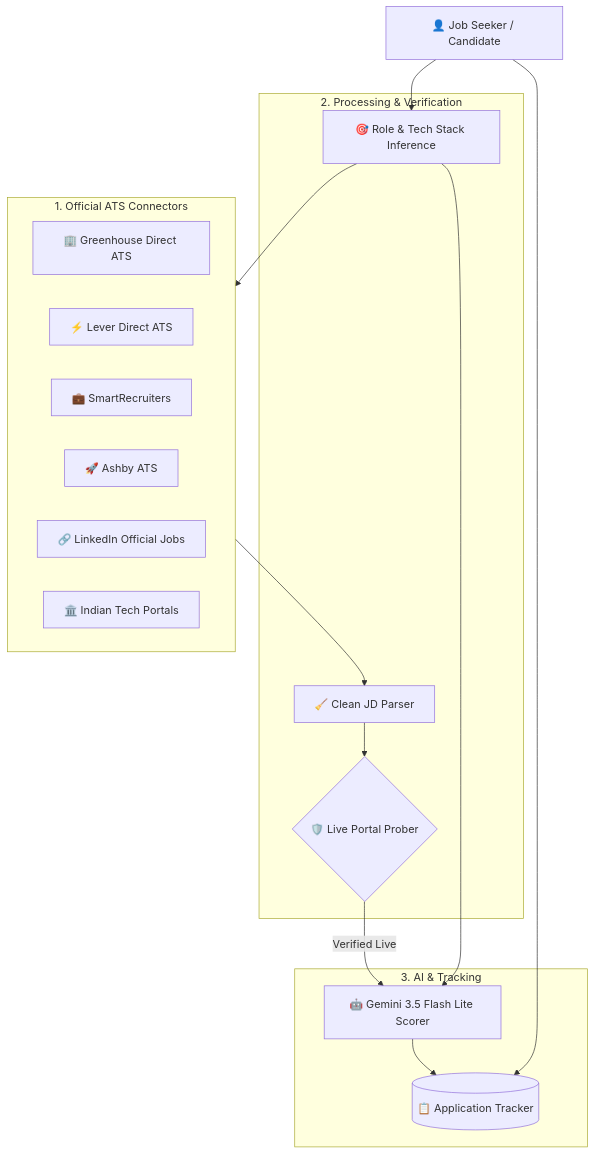
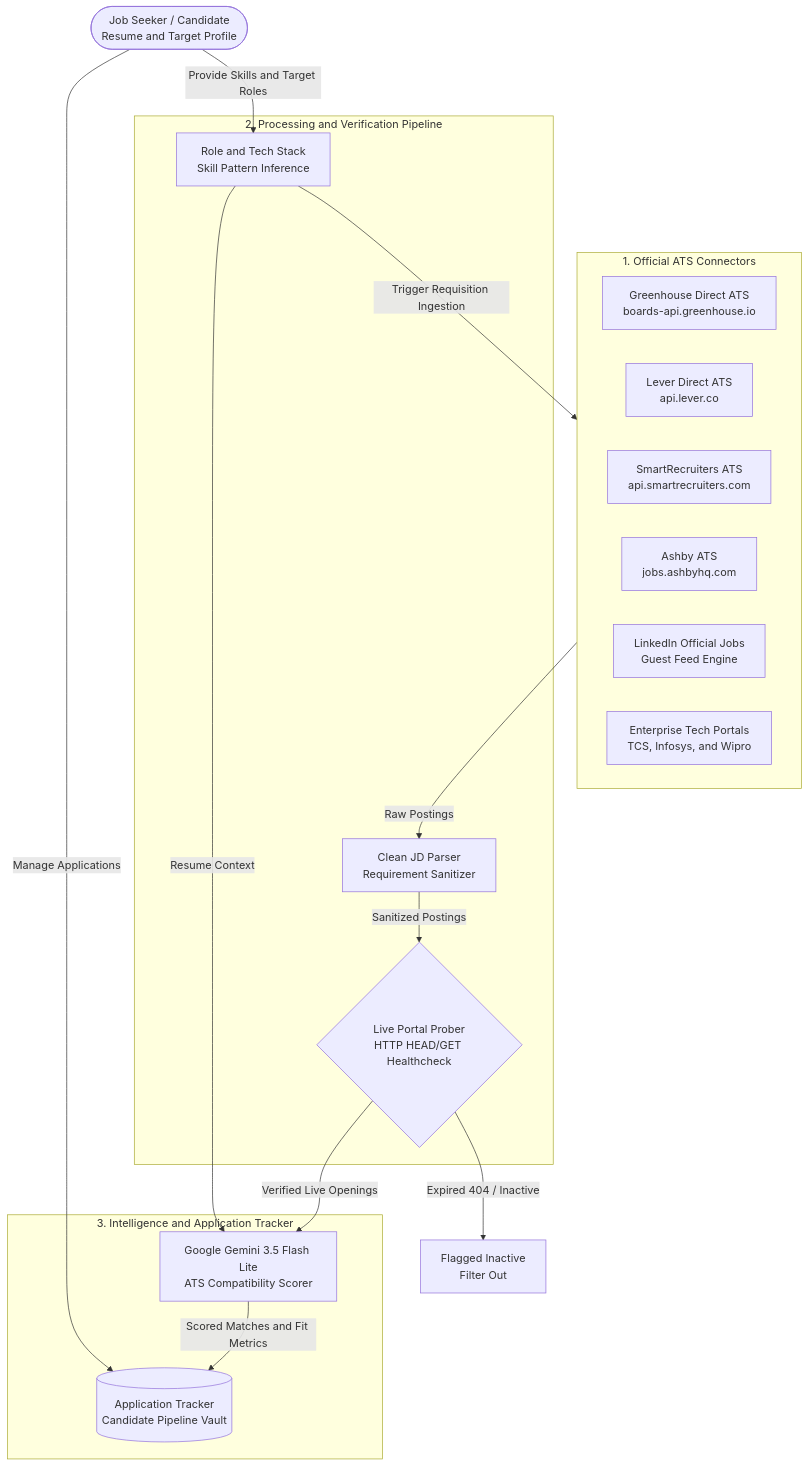
One commit to TusharSaini999/Resume-Saathi changed the first of 3 diagrams in Docs/CAREER_OPENINGS_AND_ATS_FEATURE_GUIDE.md. Above: the diagram before and after it, drawn with Mermaid. The commit also changed other lines of this file and 5 other files, not shown here.

Commit message:
docs: remove emojis from all Mermaid diagrams and wrap text cleanly

````diff
--- a/Docs/CAREER_OPENINGS_AND_ATS_FEATURE_GUIDE.md
+++ b/Docs/CAREER_OPENINGS_AND_ATS_FEATURE_GUIDE.md
@@ -11,33 +11,34 @@
 ```mermaid
 flowchart TD
-  Candidate["👤 Job Seeker / Candidate"]
+  Candidate(["Job Seeker / Candidate<br/>Resume and Target Profile"])
 
   subgraph Crawlers ["1. Official ATS Connectors"]
-    GH["🏢 Greenhouse Direct ATS"]
-    LV["⚡ Lever Direct ATS"]
-    SR["💼 SmartRecruiters"]
-    ASH["🚀 Ashby ATS"]
-    LI["🔗 LinkedIn Official Jobs"]
-    TCS["🏛️ Indian Tech Portals"]
+    GH["Greenhouse Direct ATS<br/>boards-api.greenhouse.io"]
+    LV["Lever Direct ATS<br/>api.lever.co"]
+    SR["SmartRecruiters ATS<br/>api.smartrecruiters.com"]
+    ASH["Ashby ATS<br/>jobs.ashbyhq.com"]
+    LI["LinkedIn Official Jobs<br/>Guest Feed Engine"]
+    TCS["Enterprise Tech Portals<br/>TCS, Infosys, and Wipro"]
   end
 
-  subgraph Engine ["2. Processing & Verification"]
-    Infer["🎯 Role & Tech Stack Inference"]
-    Parser["🧹 Clean JD Parser"]
-    Probe{"🛡️ Live Portal Prober"}
+  subgraph Engine ["2. Processing and Verification Pipeline"]
+    Infer["Role and Tech Stack<br/>Skill Pattern Inference"]
+    Parser["Clean JD Parser<br/>Requirement Sanitizer"]
+    Probe{"Live Portal Prober<br/>HTTP HEAD/GET Healthcheck"}
   end
 
-  subgraph Intelligence ["3. AI & Tracking"]
-    AI["🤖 Gemini 3.5 Flash Lite Scorer"]
-    Tracker[("📋 Application Tracker")]
+  subgraph Intelligence ["3. Intelligence and Application Tracker"]
+    AI["Google Gemini 3.5 Flash Lite<br/>ATS Compatibility Scorer"]
+    Tracker[("Application Tracker<br/>Candidate Pipeline Vault")]
   end
 
-  Candidate --> Infer
-  Infer --> Crawlers
-  Crawlers --> Parser
-  Parser --> Probe
-  Probe -->|Verified Live| AI
-  Infer --> AI
-  AI --> Tracker
-  Candidate --> Tracker
+  Candidate -->|Provide Skills and Target Roles| Infer
+  Infer -->|Trigger Requisition Ingestion| Crawlers
+  Crawlers -->|Raw Postings| Parser
+  Parser -->|Sanitized Postings| Probe
+  Probe -->|Verified Live Openings| AI
+  Probe -->|Expired 404 / Inactive| Dead["Flagged Inactive<br/>Filter Out"]
+  Infer -->|Resume Context| AI
+  AI -->|Scored Matches and Fit Metrics| Tracker
+  Candidate -->|Manage Applications| Tracker
 ```
````
